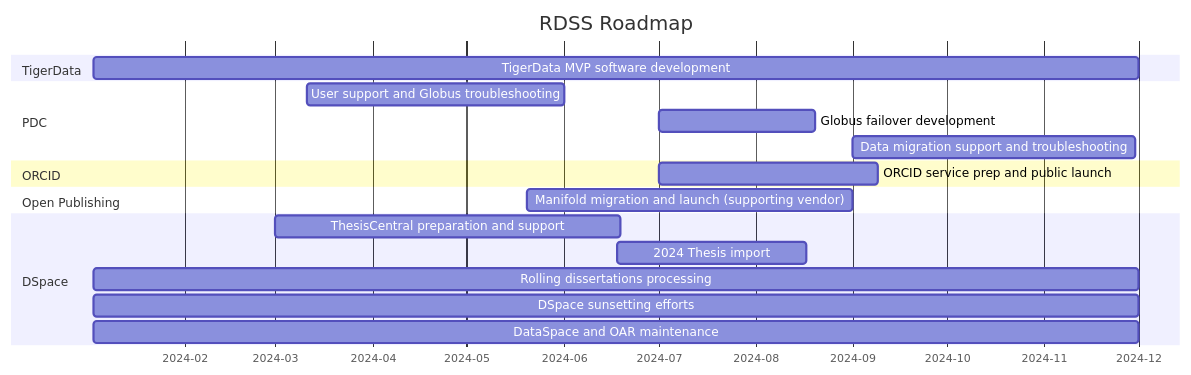
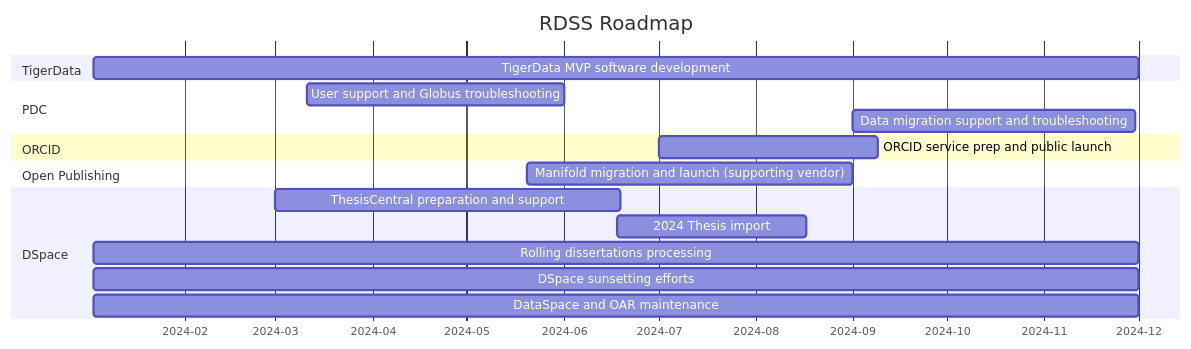
Before and after one commit to pulibrary/rdss-handbook: the diagram in roadmap.md, drawn with Mermaid.

Commit message:
Update roadmap.md
Removed Globus failover development

````diff
--- a/roadmap.md
+++ b/roadmap.md
@@ -5,22 +5,21 @@
 ```mermaid
 gantt
     title RDSS Roadmap
     axisFormat  %Y-%m
     dateformat YYYY-MM
     section TigerData
     TigerData MVP software development: td1,2024-01-03,333d
     section PDC
     User support and Globus troubleshooting: pd1,2024-03-11,82d
-    Globus failover development: pd2,2024-07-01,50d
-    Data migration support and troubleshooting: pd3,2024-09-01,90d
+    Data migration support and troubleshooting: pd2,2024-09-01,90d
     section ORCID
     ORCID service prep and public launch: or1,2024-07-01,70d
     section Open Publishing
     Manifold migration and launch (supporting vendor): op1,2024-05-20,104d
     section DSpace
     ThesisCentral preparation and support: dsp1,2024-03-01,110d
     2024 Thesis import: dsp2,2024-06-18,60d
     Rolling dissertations processing: dsp3,2024-01-03,333d
     DSpace sunsetting efforts: dsp4,2024-01-03,333d
     DataSpace and OAR maintenance: dsp5,2024-01-03,333d
 ```
````
